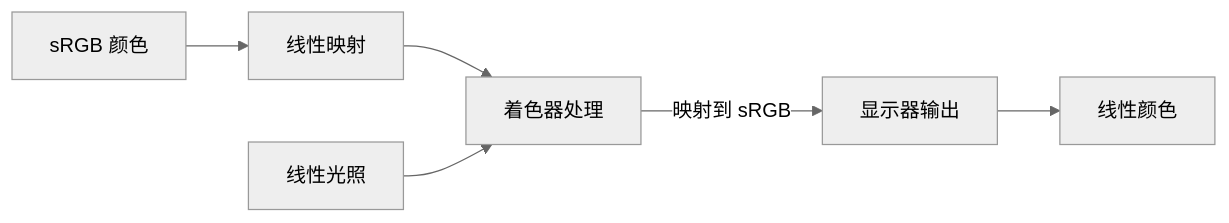
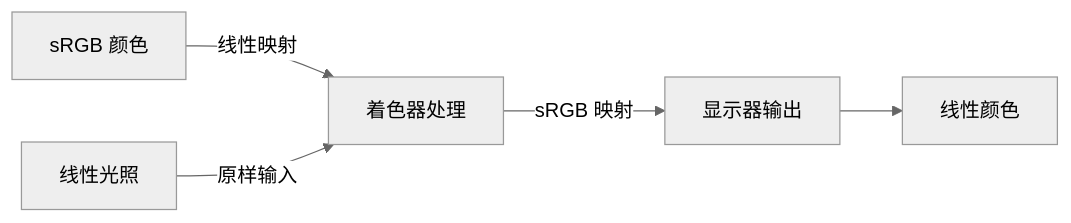
Before and after one commit to MineGraphCN/MGC_Docs: the fourth of 4 diagrams in Writerside/topics/Developer/Tutorial/Shader/2-3-1-advancedLighting.md, drawn with Mermaid (neutral theme). The commit also changed other lines of this file, not shown here.

````diff
--- a/Writerside/topics/Developer/Tutorial/Shader/2-3-1-advancedLighting.md
+++ b/Writerside/topics/Developer/Tutorial/Shader/2-3-1-advancedLighting.md
@@ -940,5 +940,5 @@
     ```mermaid
     flowchart LR
-        A["sRGB 颜色"] --> E["线性映射"] --> B["着色器处理"] -- "`映射到 sRGB`" --> C["显示器输出"] --> D["线性颜色"]
-        F["线性光照"] --> B
+        A["sRGB 颜色"] -- "线性映射" --> B["着色器处理"] -- "sRGB 映射" --> C["显示器输出"] --> D["线性颜色"]
+        F["线性光照"] -- "原样输入" --> B
     ```
````
